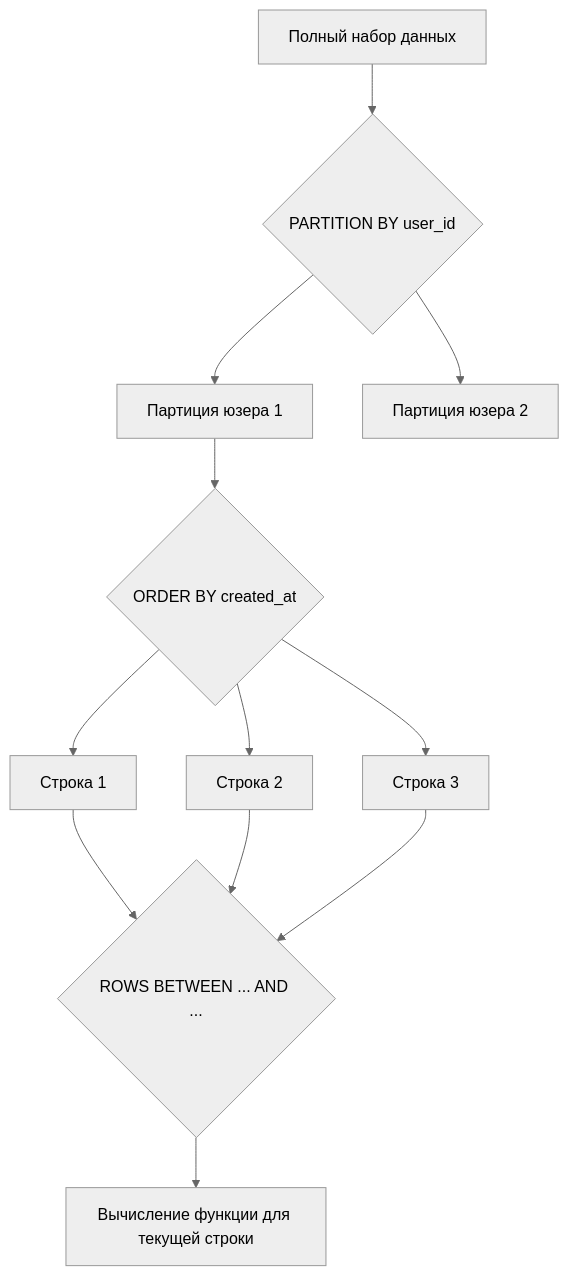
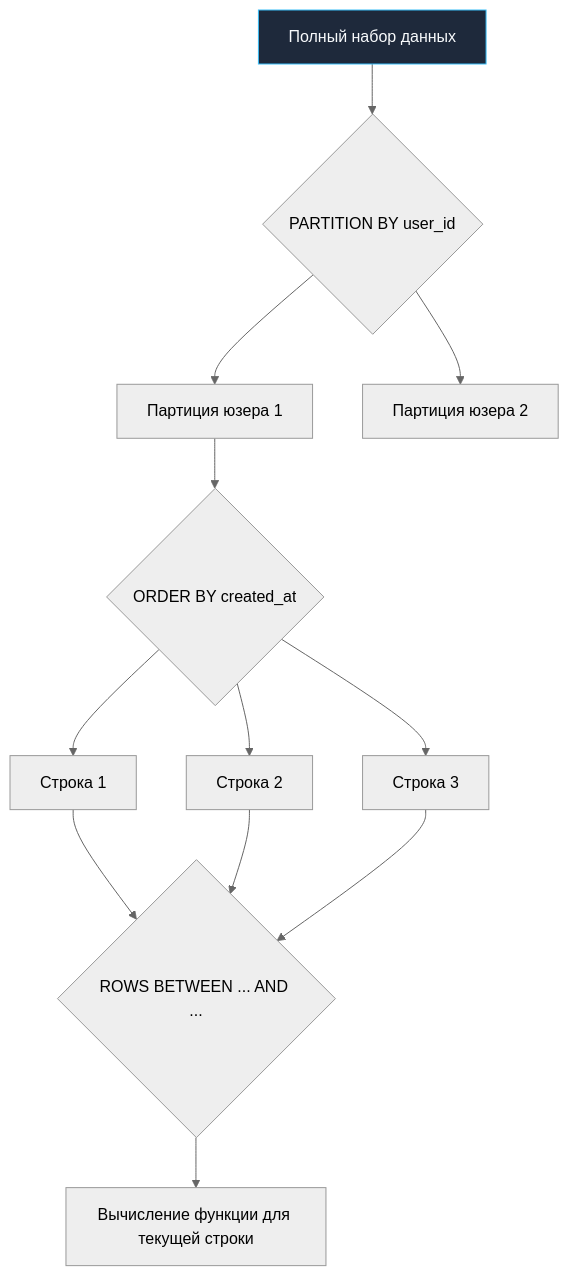
The diagram in sources/12. Базы данных/03. SQL продвинутый/3. Оконные функции. OVER.md (UnrealTemplier/go-textbook), drawn with Mermaid (neutral theme) before and after one commit. The commit also changed 1666 other files, not shown here.

First line of the commit message:
feat(mermaid): add semantic color classDef to 1369 colorless flowchart/graph diagrams

````diff
--- a/sources/12. Базы данных/03. SQL продвинутый/3. Оконные функции. OVER.md
+++ b/sources/12. Базы данных/03. SQL продвинутый/3. Оконные функции. OVER.md
@@ -37,14 +37,24 @@
 ```mermaid
 flowchart TD
-    A["Полный набор данных"] --> B{"PARTITION BY user_id"}
+    classDef process  fill:#1e293b,stroke:#38bdf8,stroke-width:1px,color:#f8fafc
+    classDef success  fill:#064e3b,stroke:#34d399,stroke-width:1px,color:#f8fafc
+    classDef error    fill:#7f1d1d,stroke:#f87171,stroke-width:1px,color:#f8fafc
+    classDef warning  fill:#78350f,stroke:#fbbf24,stroke-width:1px,color:#f8fafc
+    classDef entry    fill:#1e3a5f,stroke:#38bdf8,stroke-width:2px,color:#f8fafc
+    classDef aux      fill:#334155,stroke:#64748b,stroke-width:1px,color:#f8fafc
+    classDef system   fill:#312e81,stroke:#a78bfa,stroke-width:1px,color:#f8fafc
+    classDef data     fill:#132d29,stroke:#2dd4bf,stroke-width:1px,color:#f8fafc
+    classDef network  fill:#881337,stroke:#fb7185,stroke-width:1px,color:#f8fafc
+    classDef accent   fill:#1e1b4b,stroke:#818cf8,stroke-width:1px,color:#f8fafc
+    A["Полный набор данных"]:::process --> B{"PARTITION BY user_id"}
     B --> C["Партиция юзера 1"]
     B --> D["Партиция юзера 2"]
     C --> E{"ORDER BY created_at"}
     E --> F["Строка 1"]
     E --> G["Строка 2"]
     E --> H["Строка 3"]
     F --> I{"ROWS BETWEEN ... AND ..."}
     G --> I
     H --> I
     I --> J["Вычисление функции для текущей строки"]
 ```
````
